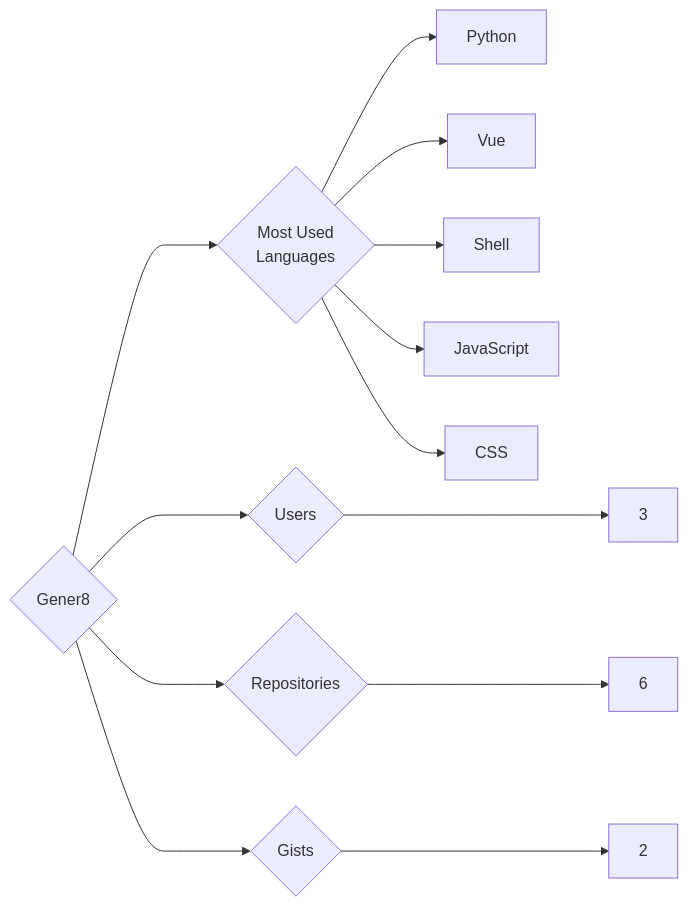
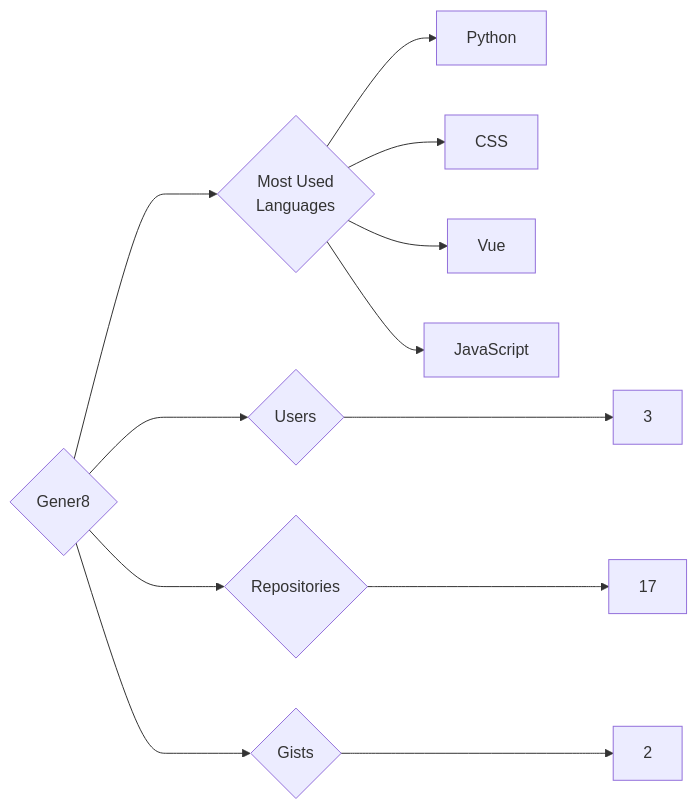
One commit to trickest/insiders changed the diagram in targets/Gener8/README.md. Above: the diagram before and after it, drawn with Mermaid. The commit also changed 985 other files, not shown here.

````diff
--- a/targets/Gener8/README.md
+++ b/targets/Gener8/README.md
@@ -3,13 +3,12 @@
 ```mermaid
 graph LR
 COMPANY_NAME{Gener8}
 COMPANY_NAME ---> U{Users} ---> UN[3]
-COMPANY_NAME ---> R{Repositories} ---> RN[6]
+COMPANY_NAME ---> R{Repositories} ---> RN[17]
 COMPANY_NAME ---> G{Gists} ---> GN[2]
 COMPANY_NAME ---> ML{Most Used<br>Languages}
 ML --> Python[Python]
+ML --> CSS[CSS]
 ML --> Vue[Vue]
-ML --> Shell[Shell]
 ML --> JavaScript[JavaScript]
-ML --> CSS[CSS]
 ```
````
